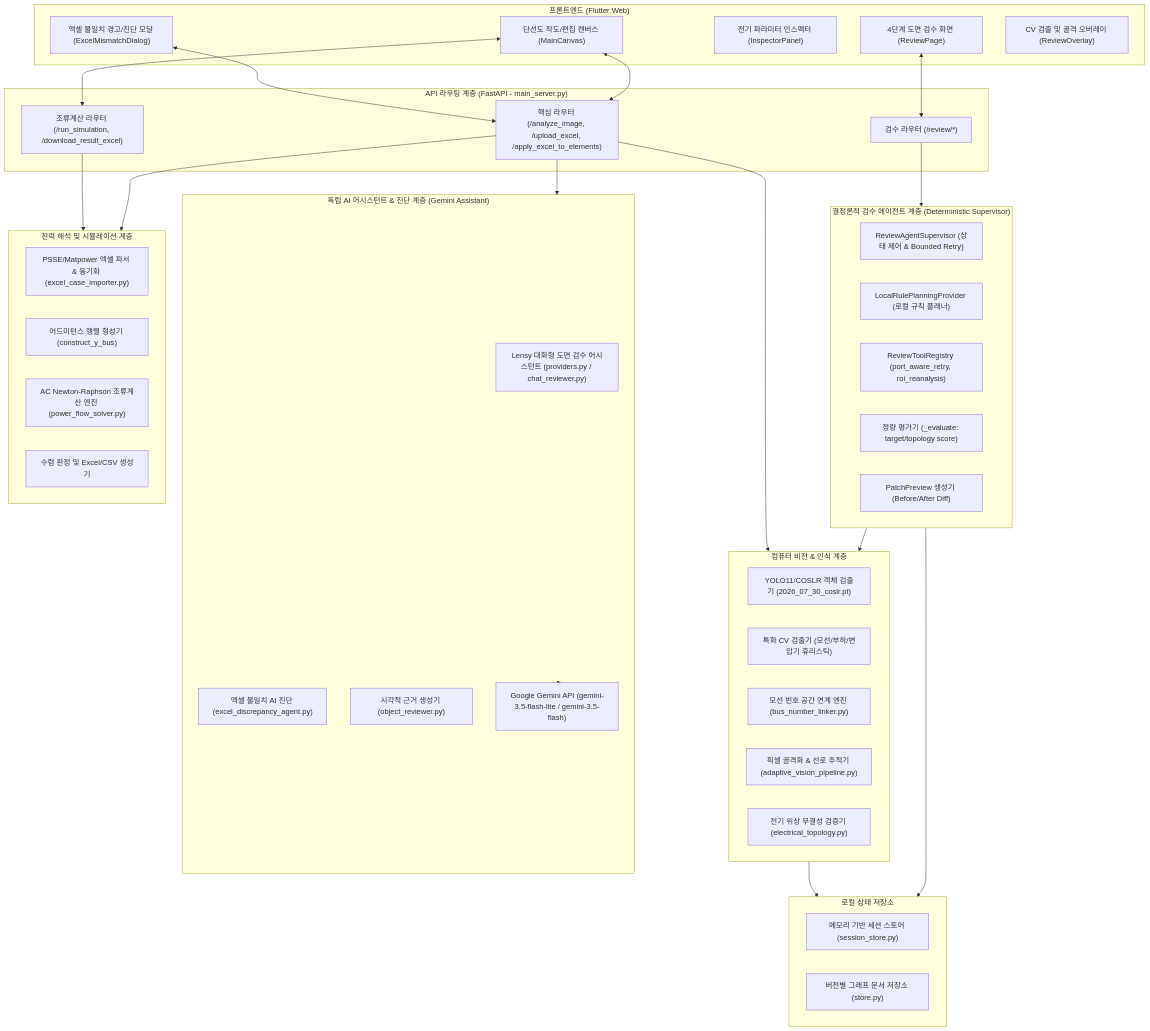
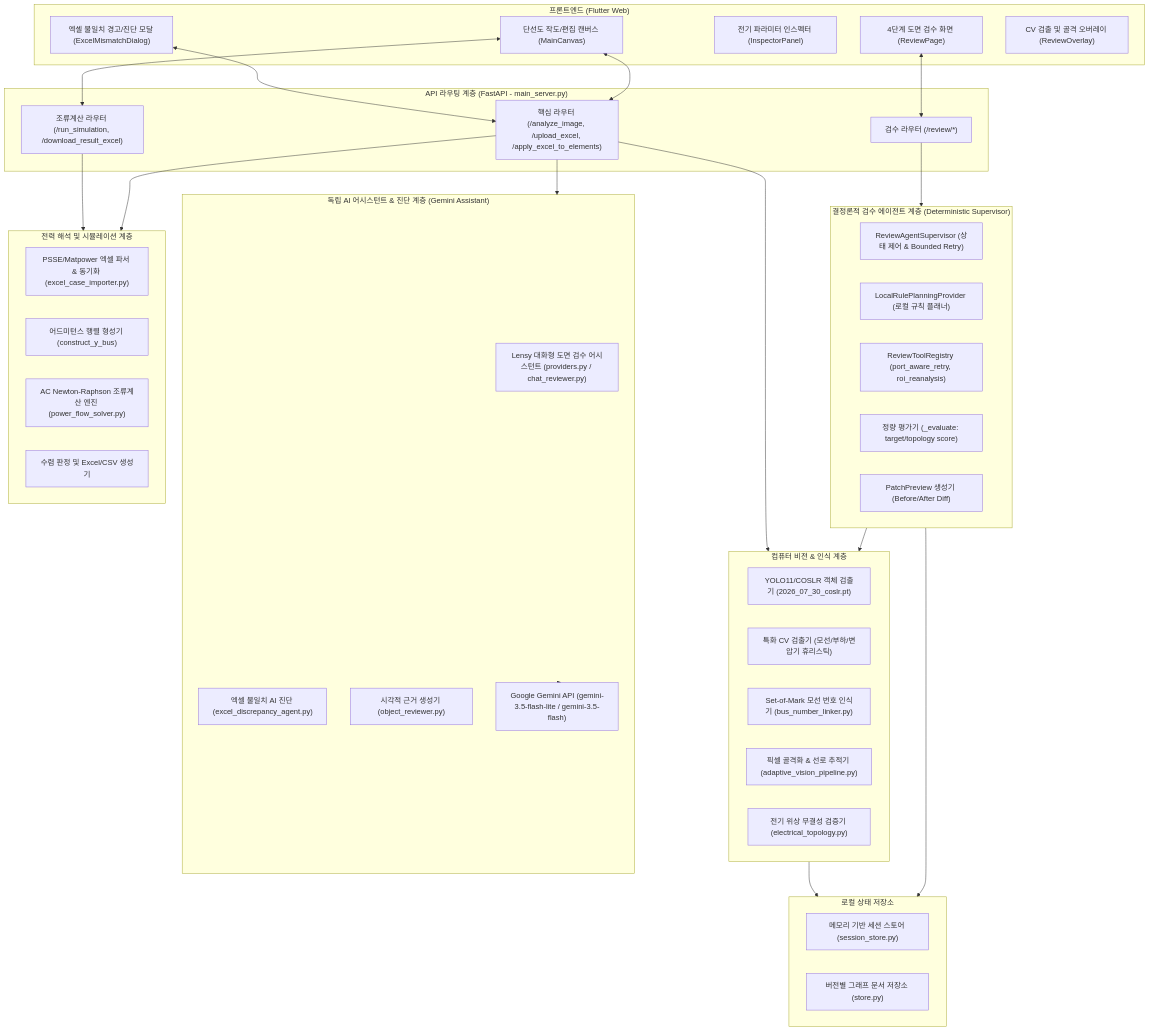
Before and after one commit to dptjddl285-ship-it/Powerflow-calculator: the first of 2 diagrams in docs/SYSTEM_ARCHITECTURE_AND_TECHNICAL_DOCS.md, drawn with Mermaid. The commit also changed other lines of this file and 5 other files, not shown here.

Commit message:
docs: align bus number linking and transformer modeling with code truth

````diff
--- a/docs/SYSTEM_ARCHITECTURE_AND_TECHNICAL_DOCS.md
+++ b/docs/SYSTEM_ARCHITECTURE_AND_TECHNICAL_DOCS.md
@@ -22,70 +22,70 @@
 ```mermaid
 graph TB
     subgraph Client["프론트엔드 (Flutter Web)"]
         UI_Review["4단계 도면 검수 화면 (ReviewPage)"]
         UI_Canvas["단선도 작도/편집 캔버스 (MainCanvas)"]
         UI_Inspector["전기 파라미터 인스펙터 (InspectorPanel)"]
         UI_Mismatch["엑셀 불일치 경고/진단 모달 (ExcelMismatchDialog)"]
         UI_Overlay["CV 검출 및 골격 오버레이 (ReviewOverlay)"]
     end
 
     subgraph API_Gateway["API 라우팅 계층 (FastAPI - main_server.py)"]
         R_Staged["검수 라우터 (/review/*)"]
         R_Core["핵심 라우터 (/analyze_image, /upload_excel, /apply_excel_to_elements)"]
         R_Solver["조류계산 라우터 (/run_simulation, /download_result_excel)"]
     end
 
     subgraph Supervisor_Engine["결정론적 검수 에이전트 계층 (Deterministic Supervisor)"]
         Supervisor["ReviewAgentSupervisor (상태 제어 & Bounded Retry)"]
         Planner["LocalRulePlanningProvider (로컬 규칙 플래너)"]
         ToolRegistry["ReviewToolRegistry (port_aware_retry, roi_reanalysis)"]
         Evaluator["정량 평가기 (_evaluate: target/topology score)"]
         Patch_Gen["PatchPreview 생성기 (Before/After Diff)"]
     end
 
     subgraph CV_Engine["컴퓨터 비전 & 인식 계층"]
         YOLO["YOLO11/COSLR 객체 검출기 (2026_07_30_coslr.pt)"]
         CV_Rule["특화 CV 검출기 (모선/부하/변압기 휴리스틱)"]
-        OCR_Linker["모선 번호 공간 연계 엔진 (bus_number_linker.py)"]
+        SoM_Linker["Set-of-Mark 모선 번호 인식기 (bus_number_linker.py)"]
         Skeleton["픽셀 골격화 & 선로 추적기 (adaptive_vision_pipeline.py)"]
         Topology["전기 위상 무결성 검증기 (electrical_topology.py)"]
     end
 
     subgraph AI_Assistant["독립 AI 어시스턴트 & 진단 계층 (Gemini Assistant)"]
         Lensy_Chat["Lensy 대화형 도면 검수 어시스턴트 (providers.py / chat_reviewer.py)"]
         Agent_Diag["엑셀 불일치 AI 진단 (excel_discrepancy_agent.py)"]
         Agent_Evidence["시각적 근거 생성기 (object_reviewer.py)"]
         LLM["Google Gemini API (gemini-3.5-flash-lite / gemini-3.5-flash)"]
     end
 
     subgraph Power_Engine["전력 해석 및 시뮬레이션 계층"]
         Excel_Parser["PSSE/Matpower 엑셀 파서 & 동기화 (excel_case_importer.py)"]
         Y_Bus["어드미턴스 행렬 형성기 (construct_y_bus)"]
         NR_Solver["AC Newton-Raphson 조류계산 엔진 (power_flow_solver.py)"]
         Result_Gen["수렴 판정 및 Excel/CSV 생성기"]
     end
 
     subgraph Storage["로컬 상태 저장소"]
         Session_Store["메모리 기반 세션 스토어 (session_store.py)"]
         Review_Store["버전별 그래프 문서 저장소 (store.py)"]
     end
 
     %% 연결 관계
     UI_Review <--> R_Staged
     UI_Canvas <--> R_Core
     UI_Canvas <--> R_Solver
     UI_Mismatch <--> R_Core
 
     R_Staged --> Supervisor_Engine
     Supervisor_Engine --> CV_Engine
     Supervisor_Engine --> Storage
 
     R_Core --> CV_Engine
     R_Core --> Power_Engine
     R_Core --> AI_Assistant
 
     R_Solver --> Power_Engine
 
     AI_Assistant -.-> LLM
     CV_Engine --> Storage
 ```
````
